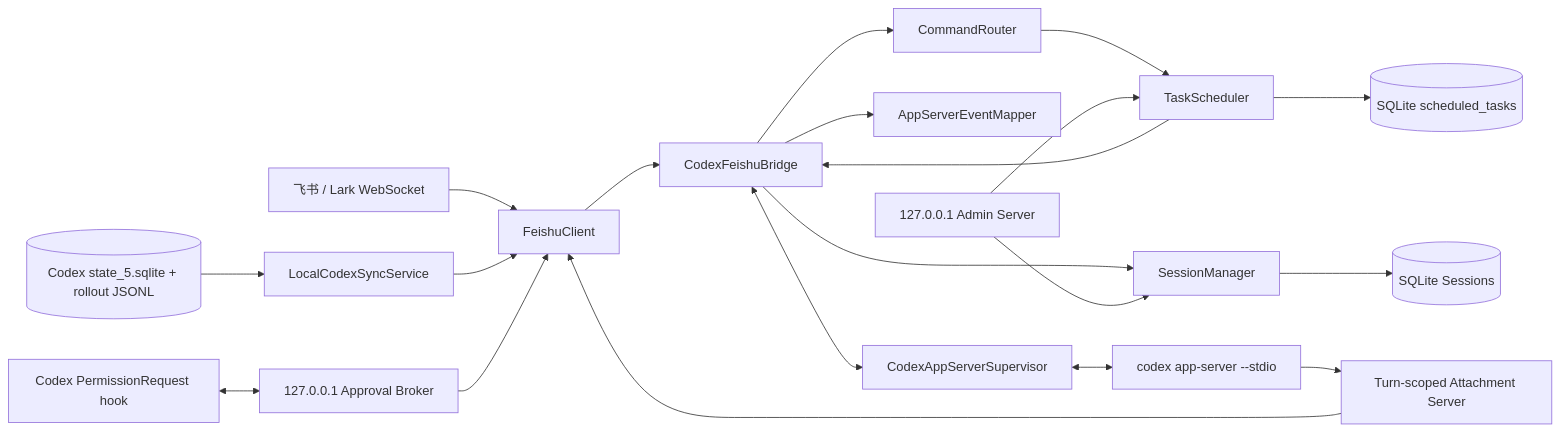
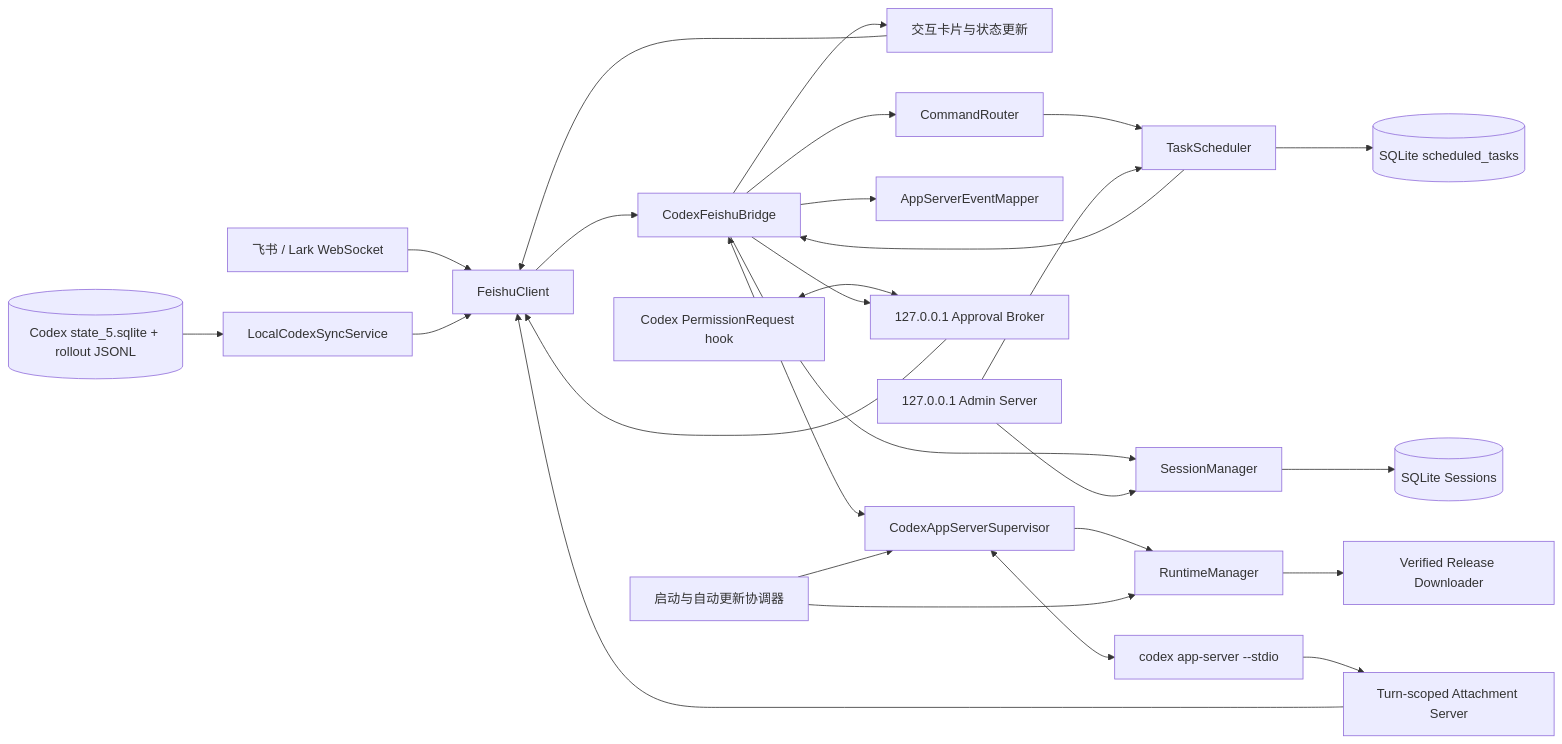
One commit to WJIAEN-K/codex-feishu changed the diagram in README.md. Above: the diagram before and after it, drawn with Mermaid. The commit also changed other lines of this file and 39 other files, not shown here.

````diff
--- a/README.md
+++ b/README.md
@@ -27,22 +28,29 @@
 ```mermaid
 flowchart LR
   Feishu["飞书 / Lark WebSocket"] --> Client["FeishuClient"]
   Client --> Bridge["CodexFeishuBridge"]
+  Bridge --> Cards["交互卡片与状态更新"]
+  Cards --> Client
   Bridge --> Commands["CommandRouter"]
   Bridge --> Sessions["SessionManager"]
   Bridge --> Mapper["AppServerEventMapper"]
   Sessions --> SessionDB[("SQLite Sessions")]
   Commands --> Scheduler["TaskScheduler"]
   Scheduler --> TaskDB[("SQLite scheduled_tasks")]
   Scheduler --> Bridge
   Bridge <--> Supervisor["CodexAppServerSupervisor"]
+  Supervisor --> Runtime["RuntimeManager"]
+  Runtime --> Downloader["Verified Release Downloader"]
+  Updater["启动与自动更新协调器"] --> Runtime
+  Updater --> Supervisor
   Supervisor <--> AppServer["codex app-server --stdio"]
   AppServer --> Attachment["Turn-scoped Attachment Server"]
   Attachment --> Client
   LocalDB[("Codex state_5.sqlite + rollout JSONL")] --> LocalSync["LocalCodexSyncService"]
   LocalSync --> Client
   LocalHook["Codex PermissionRequest hook"] <--> ApprovalBroker["127.0.0.1 Approval Broker"]
+  Bridge --> ApprovalBroker
   ApprovalBroker --> Client
   Admin["127.0.0.1 Admin Server"] --> Sessions
   Admin --> Scheduler
 ```
````
